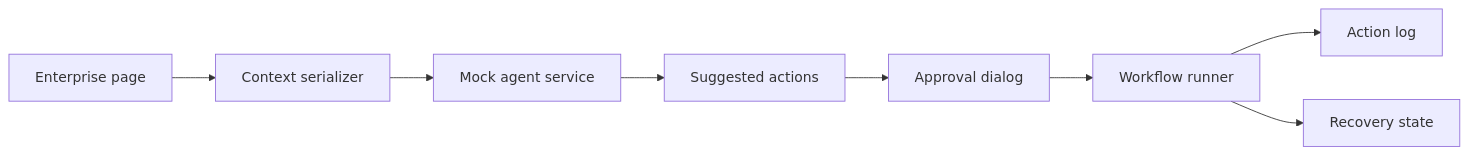
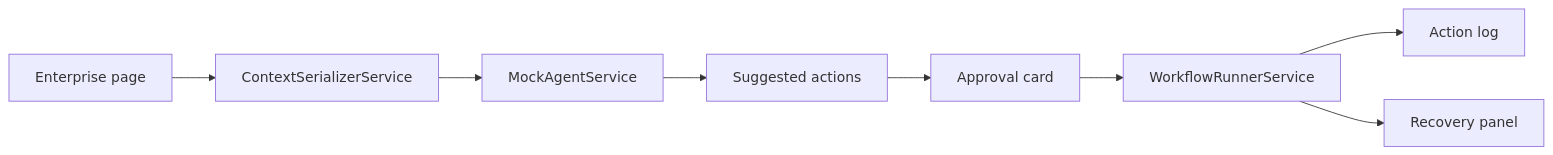
The diagram in README.md (AnkitParekh007/ai-ui-agent-demo), drawn with Mermaid before and after one commit. The commit also changed other lines of this file and 18 other files, not shown here.

````diff
--- a/README.md
+++ b/README.md
@@ -18,10 +26,10 @@
 ```mermaid
 flowchart LR
-    Page["Enterprise page"] --> Context["Context serializer"]
-    Context --> Agent["Mock agent service"]
+    Page["Enterprise page"] --> Serializer["ContextSerializerService"]
+    Serializer --> Agent["MockAgentService"]
     Agent --> Suggestions["Suggested actions"]
-    Suggestions --> Approval["Approval dialog"]
-    Approval --> Runner["Workflow runner"]
+    Suggestions --> Approval["Approval card"]
+    Approval --> Runner["WorkflowRunnerService"]
     Runner --> Log["Action log"]
-    Runner --> Recovery["Recovery state"]
+    Runner --> Recovery["Recovery panel"]
 ```
````
